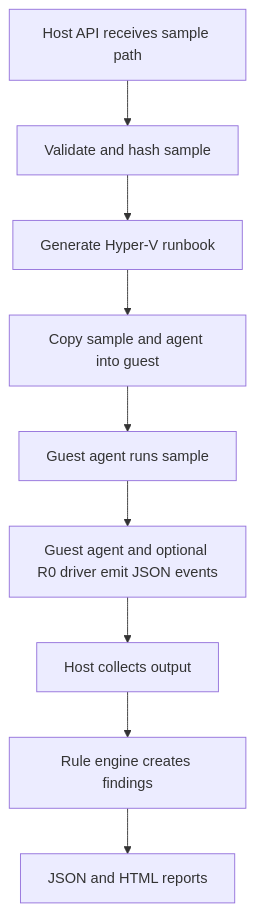
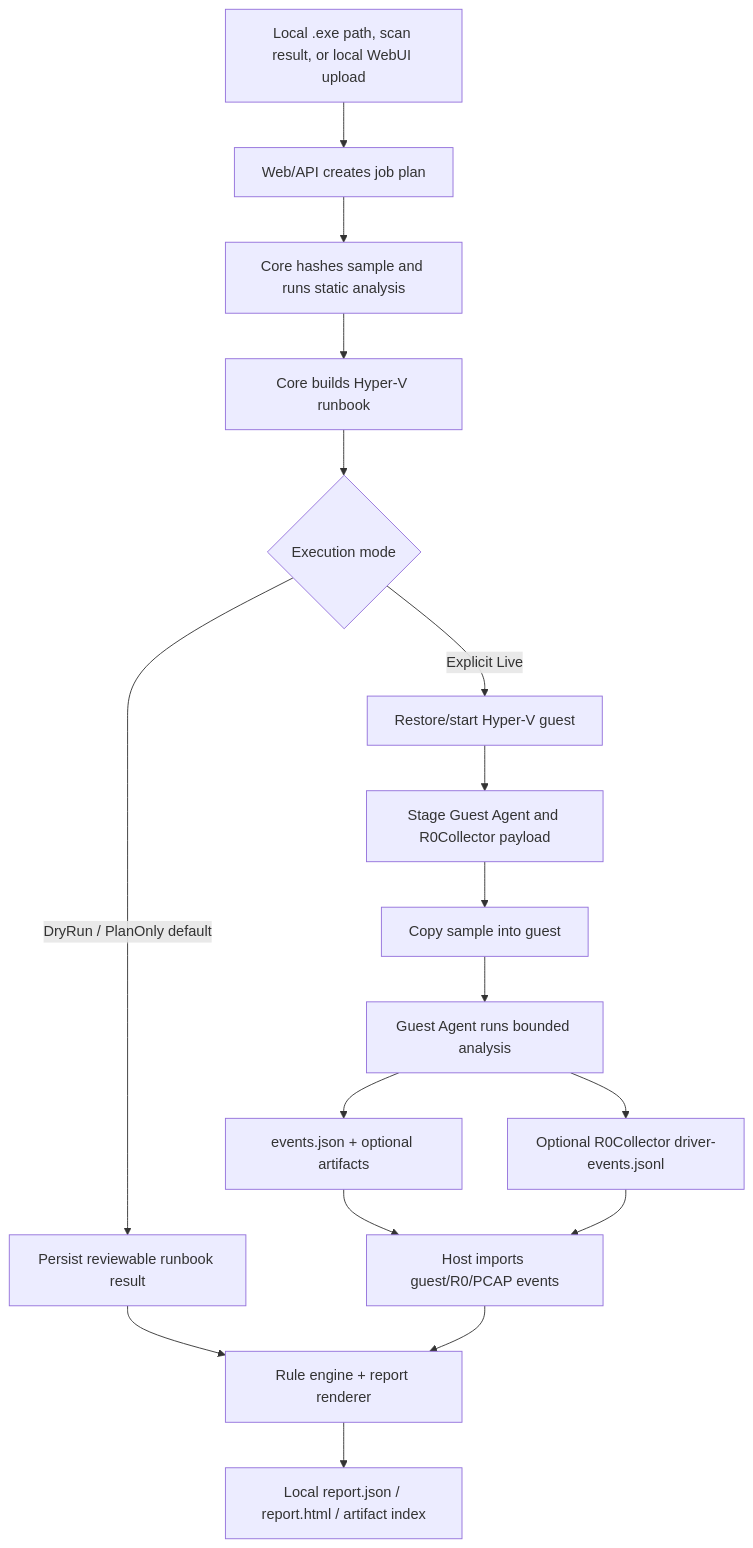
The diagram in docs/architecture.md (KSwordDEV/KSwordSandbox), drawn with Mermaid before and after one commit. The commit also changed other lines of this file and 183 other files, not shown here.

````diff
--- a/docs/architecture.md
+++ b/docs/architecture.md
@@ -12,11 +28,19 @@
 ```mermaid
 flowchart TD
-    A["Host API receives sample path"] --> B["Validate and hash sample"]
-    B --> C["Generate Hyper-V runbook"]
-    C --> D["Copy sample and agent into guest"]
-    D --> E["Guest agent runs sample"]
-    E --> F["Guest agent and optional R0 driver emit JSON events"]
-    F --> G["Host collects output"]
-    G --> H["Rule engine creates findings"]
-    H --> I["JSON and HTML reports"]
+    A["Local .exe path, scan result, or local WebUI upload"] --> B["Web/API creates job plan"]
+    B --> C["Core hashes sample and runs static analysis"]
+    C --> D["Core builds Hyper-V runbook"]
+    D --> E{"Execution mode"}
+    E -->|DryRun / PlanOnly default| F["Persist reviewable runbook result"]
+    E -->|Explicit Live| G["Restore/start Hyper-V guest"]
+    G --> H["Stage Guest Agent and R0Collector payload"]
+    H --> I["Copy sample into guest"]
+    I --> J["Guest Agent runs bounded analysis"]
+    J --> K["events.json + optional artifacts"]
+    J --> L["Optional R0Collector driver-events.jsonl"]
+    K --> M["Host imports guest/R0/PCAP events"]
+    L --> M
+    F --> N["Rule engine + report renderer"]
+    M --> N
+    N --> O["Local report.json / report.html / artifact index"]
 ```
````
